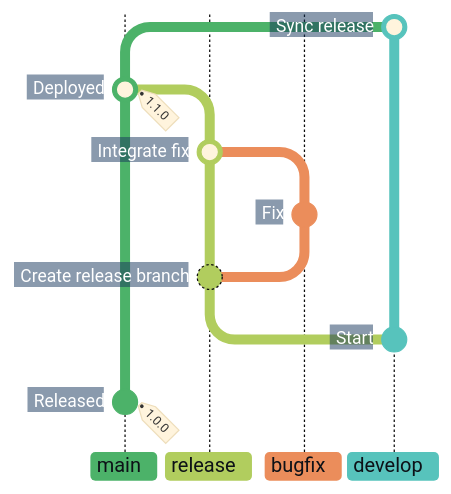
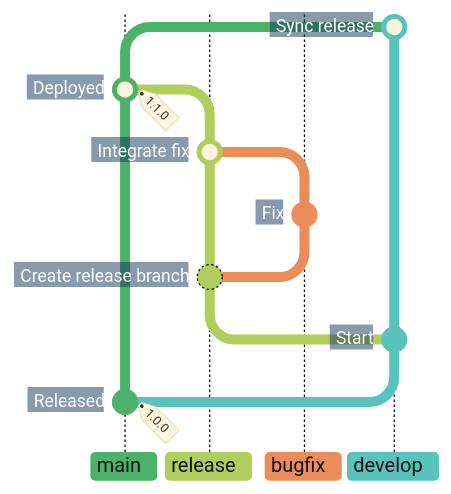
One commit to superhero/operations.superduper.solutions changed the second of 7 diagrams in docs/adr/cicd.md. Above: the diagram before and after it, drawn with Mermaid.

Commit message:
docs: correct develop ancestry in release and hotfix graphs

````diff
--- a/docs/adr/cicd.md
+++ b/docs/adr/cicd.md
@@ -60,26 +60,24 @@
 ```mermaid
 %%{init: {"theme": "base", "themeCSS": "line.branch { stroke: #8B949E; stroke-width: 1px; stroke-dasharray: 1 4; stroke-linecap: round; } .branchLabel, .tag-label { font-weight: 700; } .tag-label-bkg, .commit-label-bkg { opacity: 0.9; } .tag-label-bkg { fill: #B8E6C4; stroke: #8ED3A2; } .branchLabelBkg { opacity: 1; clip-path: inset(0 8px 0 0 round 4px) fill-box; } .commit-labels g:nth-last-of-type(-n+2) { visibility: hidden; } .commit-labels g { transform-box: fill-box; transform-origin: calc(100% + 17px) calc(50% + 2px); transform: rotate(-10deg); } .commit-label { font-weight: 700; transform: translateX(-8px); } .commit-label-bkg { stroke: #17365D; stroke-width: 20px; transform: translateX(-5px); clip-path: polygon(-4px -4px, calc(100% + 4px) -4px, calc(100% + 10px) 50%, calc(100% + 4px) calc(100% + 4px), -4px calc(100% + 4px)) fill-box; } .commit.branch { stroke: #B1CD5E; stroke-dasharray: none; }", "gitGraph": {"showCommitLabel": true, "rotateCommitLabel": false}, "themeVariables": {
     "commitLabelFontSize": "14px", "commitLabelColor": "#FFFFFF", "commitLabelBackground": "#17365D",
     "git0": "#4CB269", "gitBranchLabel0": "#0D1117",
     "git1": "#B1CD5E", "gitBranchLabel1": "#0D1117",
     "git2": "#EB8D5B", "gitBranchLabel2": "#0D1117",
     "git3": "#57C3BC", "gitBranchLabel3": "#0D1117"
 }}}%%
 gitGraph BT:
-    %% Show existing main and develop lanes with earlier ancestry and initial notes omitted.
+    %% Hide the two initial notes while retaining their branch connections.
+    commit id: "Released" tag: "1.0.0"
     branch develop order: 3
-    checkout main
-    commit id: "Released" tag: "1.0.0"
-    checkout develop
     commit id: "Start"
     branch release order: 1
     commit id: "Create release branch"
     branch bugfix order: 2
     commit id: "Fix"
     checkout release
     merge bugfix id: "Integrate fix"
     checkout main
     merge release id: "Deployed" tag: "1.1.0"
     checkout develop
     merge main id: "Sync release"
 ```
````
